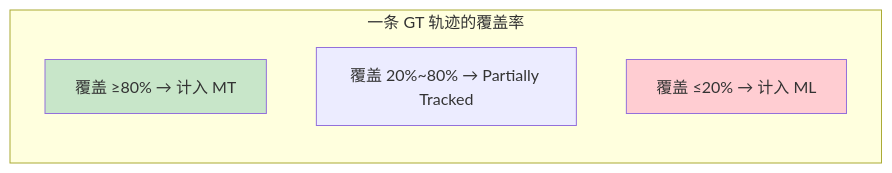
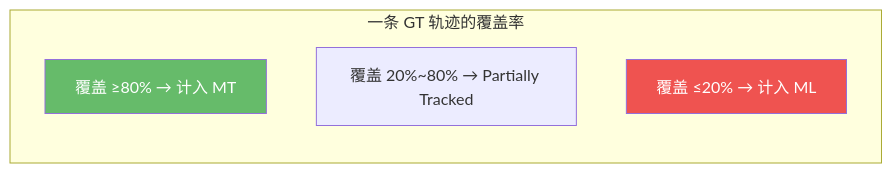
One commit to yyq19990828/onnxtools changed the seventh of 8 diagrams in docs/guides/tracking/metrics.md. Above: the diagram before and after it, drawn with Mermaid. The commit also changed other lines of this file and 12 other files, not shown here.

First line of the commit message:
fix(docs): 修复 mermaid 暗色模式配色 + 语法报错 + 数学公式渲染

````diff
--- a/docs/guides/tracking/metrics.md
+++ b/docs/guides/tracking/metrics.md
@@ -145,10 +145,10 @@
 ```mermaid
 graph LR
     subgraph 一条 GT 轨迹的覆盖率
-        A["覆盖 ≥80% → 计入 MT"] 
+        A["覆盖 ≥80% → 计入 MT"]
         B["覆盖 20%~80% → Partially Tracked"]
         C["覆盖 ≤20% → 计入 ML"]
     end
-    style A fill:#c8e6c9
-    style C fill:#ffcdd2
+    style A fill:#66bb6a,color:#fff
+    style C fill:#ef5350,color:#fff
 ```
````
